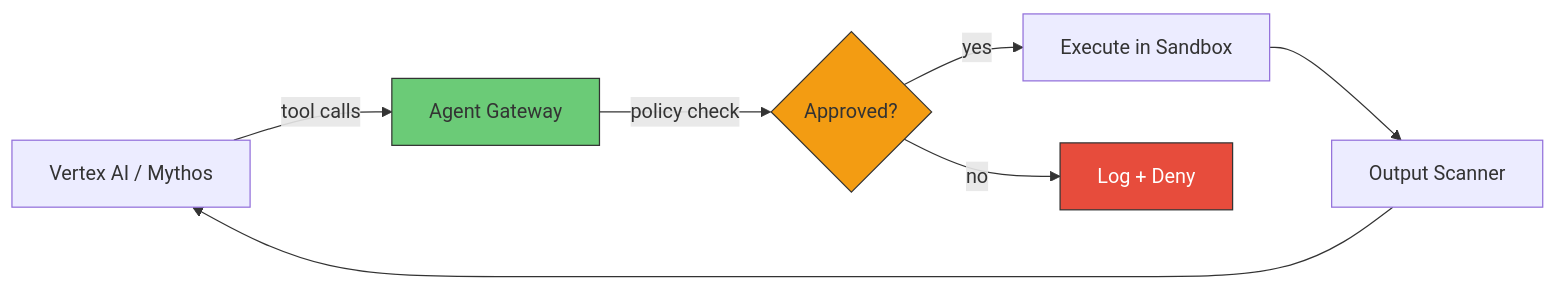
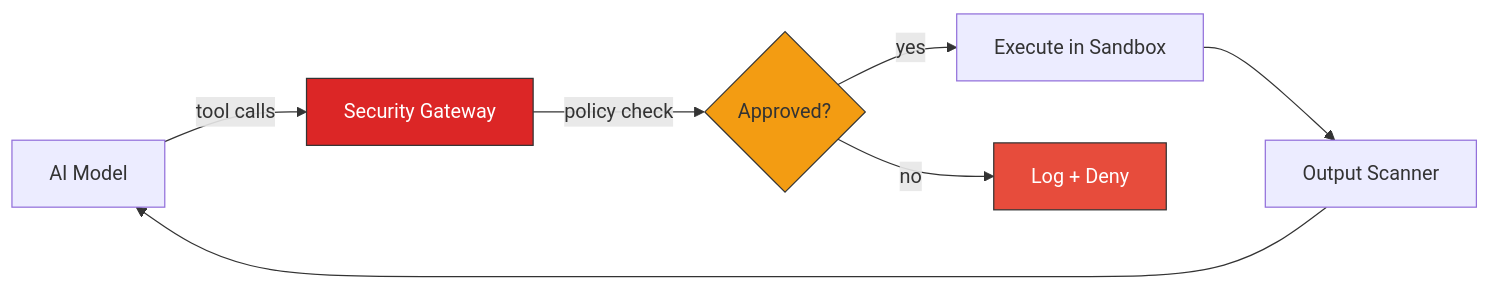
Before and after one commit to prashantkul/anthropic-mythos-on-gcp: the first of 5 diagrams in agentic-harness/HARNESS.md, drawn with Mermaid. The commit also changed other lines of this file, not shown here.

````diff
--- a/agentic-harness/HARNESS.md
+++ b/agentic-harness/HARNESS.md
@@ -14,13 +18,13 @@
 ```mermaid
 graph LR
-    VTXAI[Vertex AI / Mythos] -->|tool calls| GW[Agent Gateway]
+    MODEL[AI Model] -->|tool calls| GW[Security Gateway]
     GW -->|policy check| POLICY{Approved?}
     POLICY -->|yes| EXEC[Execute in Sandbox]
     POLICY -->|no| LOG[Log + Deny]
     EXEC --> SCAN[Output Scanner]
-    SCAN --> VTXAI
+    SCAN --> MODEL
 
-    style GW fill:#6bcb77,stroke:#333
+    style GW fill:#dc2626,stroke:#333,color:#fff
     style POLICY fill:#f39c12,stroke:#333
     style LOG fill:#e74c3c,stroke:#333,color:#fff
 ```
````
